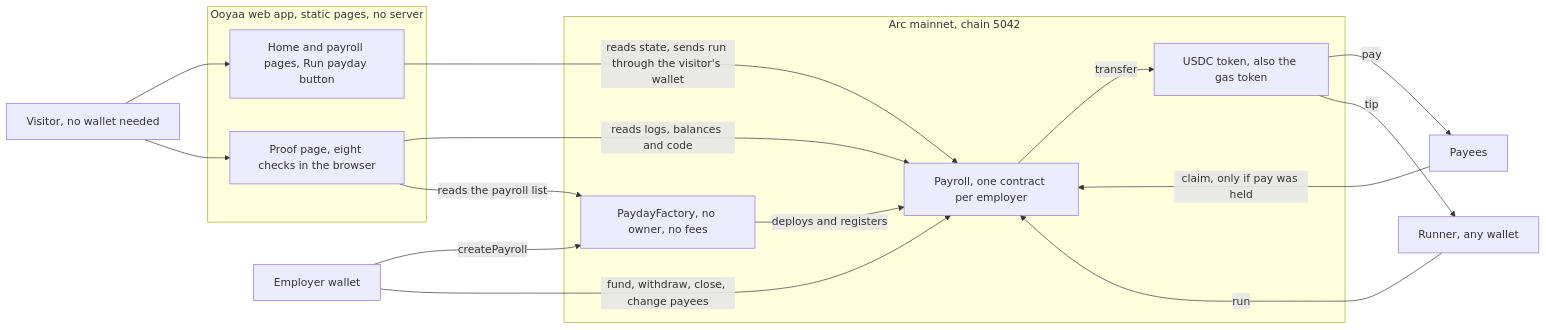
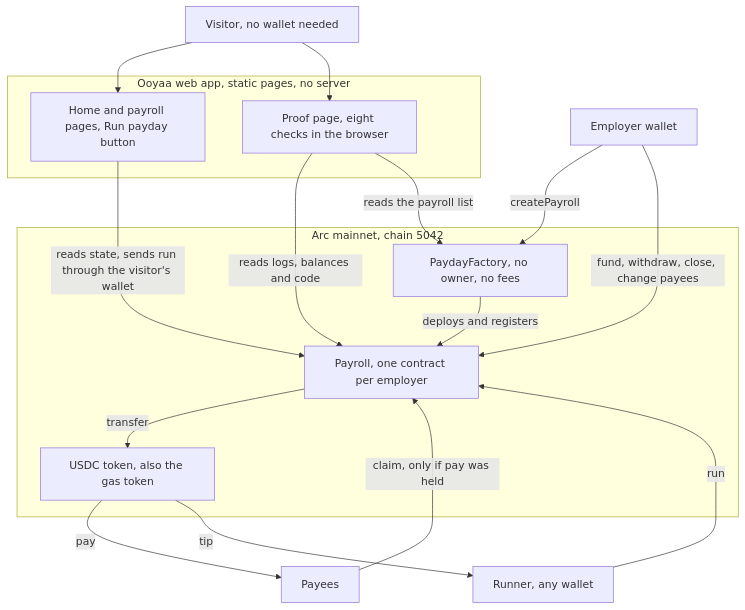
One commit to ramakrishnanhulk20/Ooyaa changed the first of 3 diagrams in README.md. Above: the diagram before and after it, drawn with Mermaid. The commit also changed other lines of this file and 73 other files, not shown here.

````diff
--- a/README.md
+++ b/README.md
@@ -88,32 +88,32 @@
 ```mermaid
-flowchart LR
+flowchart TB
   employer["Employer wallet"]
   payees["Payees"]
   runner["Runner, any wallet"]
   visitor["Visitor, no wallet needed"]
 
   subgraph arc["Arc mainnet, chain 5042"]
     factory["PaydayFactory, no owner, no fees"]
     payroll["Payroll, one contract per employer"]
     usdc["USDC token, also the gas token"]
   end
 
   subgraph web["Ooyaa web app, static pages, no server"]
     app["Home and payroll pages, Run payday button"]
     proof["Proof page, eight checks in the browser"]
   end
 
   employer -->|"createPayroll"| factory
   factory -->|"deploys and registers"| payroll
   employer -->|"fund, withdraw, close, change payees"| payroll
   runner -->|"run"| payroll
   payroll -->|"transfer"| usdc
   usdc -->|"pay"| payees
   usdc -->|"tip"| runner
   payees -->|"claim, only if pay was held"| payroll
   visitor --> app
   visitor --> proof
   app -->|"reads state, sends run through the visitor's wallet"| payroll
   proof -->|"reads logs, balances and code"| payroll
   proof -->|"reads the payroll list"| factory
 ```
````
